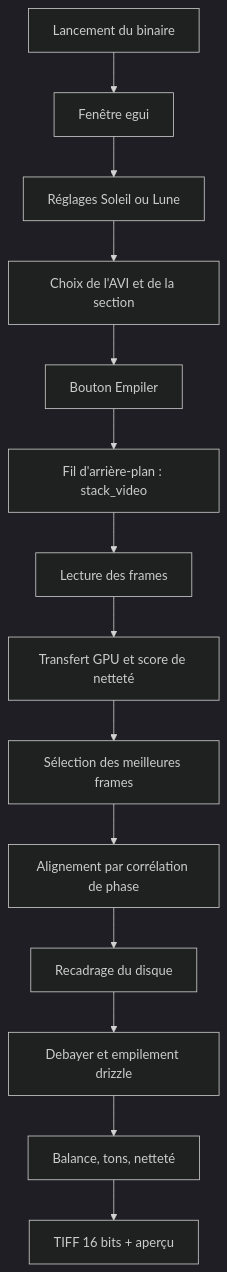
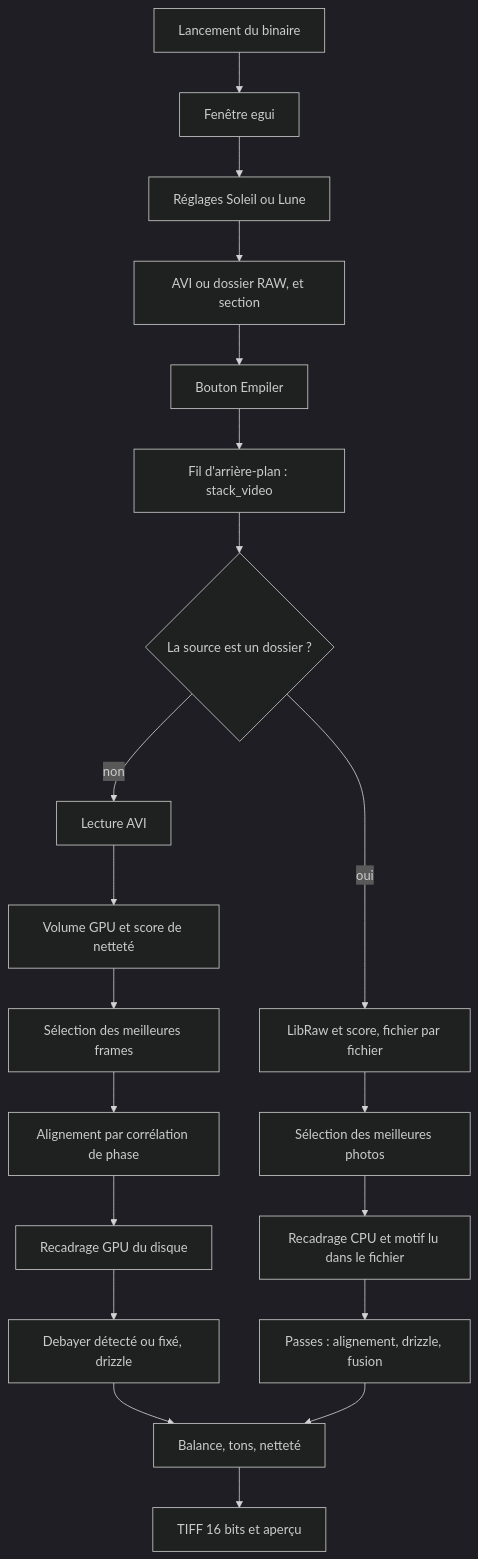
Before and after one commit to Creations-Daniel-Dube/dubDSR: the diagram in doc/fonctionnement.md, drawn with Mermaid (dark theme). The commit also changed other lines of this file and 1 other file, not shown here.

````diff
--- a/doc/fonctionnement.md
+++ b/doc/fonctionnement.md
@@ -7,16 +7,22 @@
 ```mermaid
 flowchart TD
     A[Lancement du binaire] --> B[Fenêtre egui]
     B --> C[Réglages Soleil ou Lune]
-    C --> D[Choix de l'AVI et de la section]
+    C --> D[AVI ou dossier RAW, et section]
     D --> E[Bouton Empiler]
     E --> F[Fil d'arrière-plan : stack_video]
-    F --> G[Lecture des frames]
-    G --> H[Transfert GPU et score de netteté]
-    H --> I[Sélection des meilleures frames]
-    I --> J[Alignement par corrélation de phase]
-    J --> K[Recadrage du disque]
-    K --> L[Debayer et empilement drizzle]
-    L --> M[Balance, tons, netteté]
-    M --> N[TIFF 16 bits + aperçu]
+    F --> G{La source est un dossier ?}
+    G -->|non| H[Lecture AVI]
+    H --> I[Volume GPU et score de netteté]
+    I --> J[Sélection des meilleures frames]
+    J --> K[Alignement par corrélation de phase]
+    K --> L[Recadrage GPU du disque]
+    L --> M[Debayer détecté ou fixé, drizzle]
+    G -->|oui| P[LibRaw et score, fichier par fichier]
+    P --> Q[Sélection des meilleures photos]
+    Q --> R[Recadrage CPU et motif lu dans le fichier]
+    R --> S[Passes : alignement, drizzle, fusion]
+    M --> T[Balance, tons, netteté]
+    S --> T
+    T --> U[TIFF 16 bits et aperçu]
 ```
````
